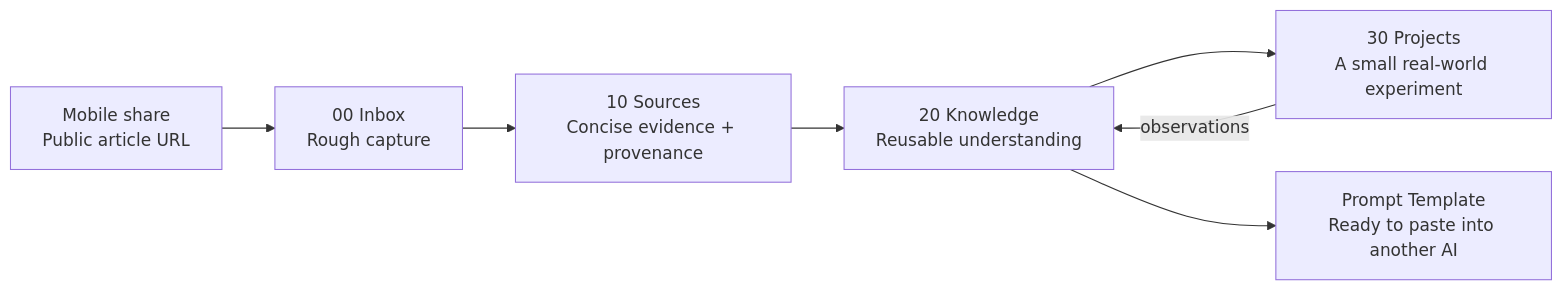
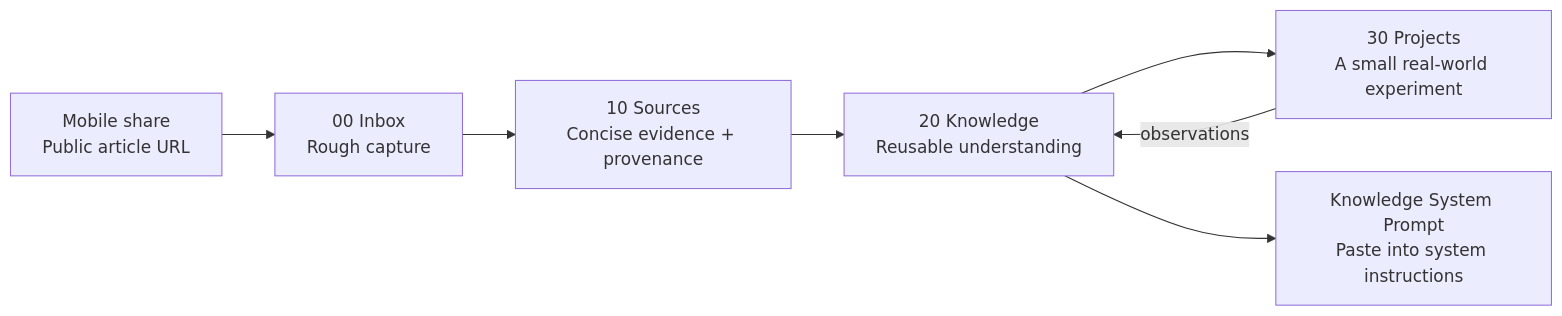
The first of 2 diagrams in README.md (sheng1111/Obsidian-SecondBrain), drawn with Mermaid before and after one commit. The commit also changed other lines of this file and 7 other files, not shown here.

Commit message:
Redefine Knowledge prompts as reusable system instructions

````diff
--- a/README.md
+++ b/README.md
@@ -42,9 +42,9 @@
 ```mermaid
 flowchart LR
     A["Mobile share<br/>Public article URL"] --> B["00 Inbox<br/>Rough capture"]
     B --> C["10 Sources<br/>Concise evidence + provenance"]
     C --> D["20 Knowledge<br/>Reusable understanding"]
     D --> E["30 Projects<br/>A small real-world experiment"]
-    D --> F["Prompt Template<br/>Ready to paste into another AI"]
+    D --> F["Knowledge System Prompt<br/>Paste into system instructions"]
     E -->|observations| D
 ```
````
